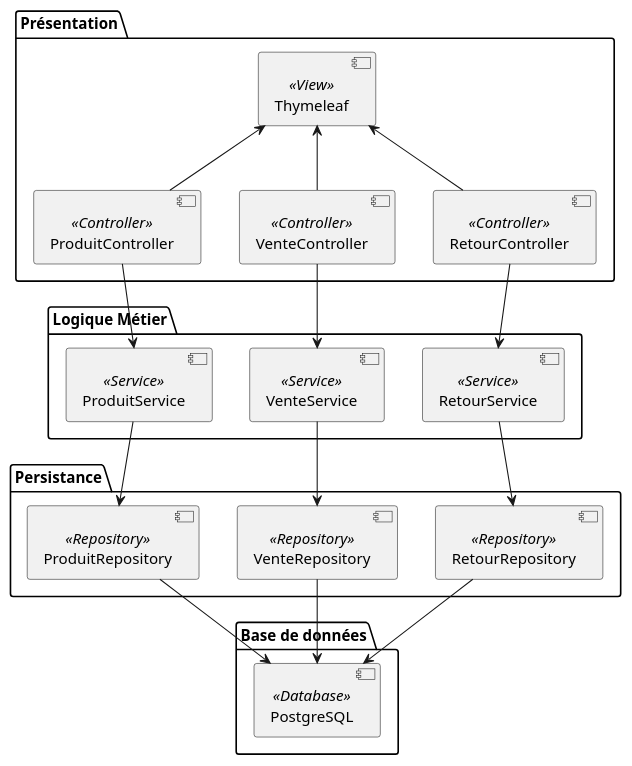
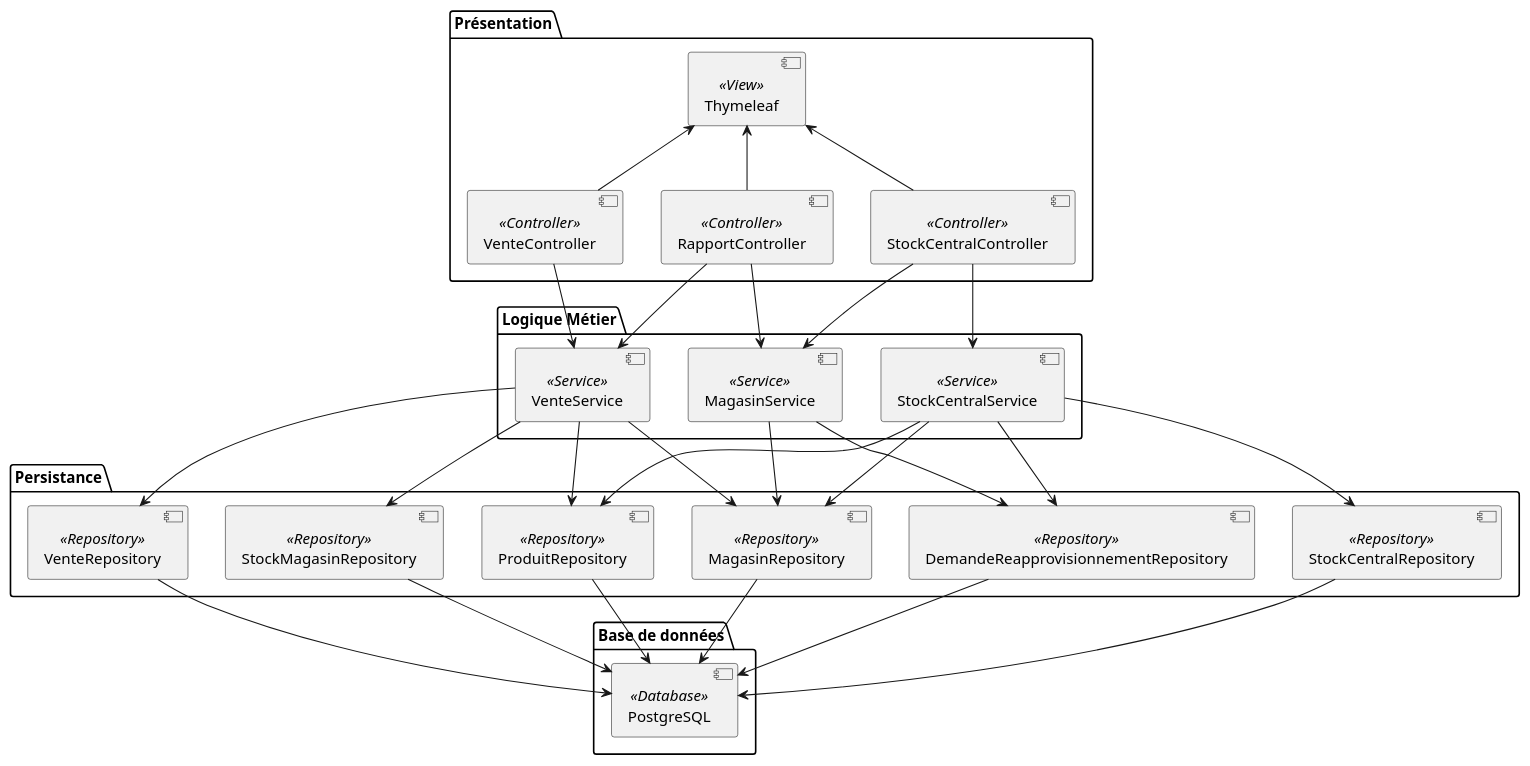
The diagram in docs/UML/diagrammeComposants.puml (Anass1707/LOG430-labos), drawn with PlantUML before and after one commit. The commit also changed 7 other files, not shown here.

Commit message:
modifications des diagrammes de classe et composants + creation du rapport arc42

```diff
--- a/docs/UML/diagrammeComposants.puml
+++ b/docs/UML/diagrammeComposants.puml
@@ -1,39 +1,55 @@
 @startuml
 
 package "Présentation" {
-  [ProduitController] <<Controller>>
   [VenteController] <<Controller>>
-  [RetourController] <<Controller>>
+  [RapportController] <<Controller>>
+  [StockCentralController] <<Controller>>
   [Thymeleaf] <<View>>
 }
 
 package "Logique Métier" {
-  [ProduitService] <<Service>>
+  [MagasinService] <<Service>>
+  [StockCentralService] <<Service>>
   [VenteService] <<Service>>
-  [RetourService] <<Service>>
 }
 
 package "Persistance" {
+  [MagasinRepository] <<Repository>>
+  [VenteRepository] <<Repository>>
+  [StockCentralRepository] <<Repository>>
+  [DemandeReapprovisionnementRepository] <<Repository>>
   [ProduitRepository] <<Repository>>
-  [VenteRepository] <<Repository>>
-  [RetourRepository] <<Repository>>
+  [StockMagasinRepository] <<Repository>>
 }
 package "Base de données" {
   [PostgreSQL] <<Database>>
 }
-[ProduitController] -up-> [Thymeleaf]
 [VenteController] -up-> [Thymeleaf]
-[RetourController] -up-> [Thymeleaf]
+[RapportController] -up-> [Thymeleaf]
+[StockCentralController] -up-> [Thymeleaf]
 
-[ProduitController] --> [ProduitService]
 [VenteController] --> [VenteService]
-[RetourController] --> [RetourService]
+[RapportController] --> [MagasinService]
+[StockCentralController] --> [MagasinService]
+[RapportController] --> [VenteService]
+[StockCentralController] --> [StockCentralService]
 
-[ProduitService] --> [ProduitRepository]
+
+[MagasinService] --> [MagasinRepository]
+[MagasinService] --> [DemandeReapprovisionnementRepository]
+[StockCentralService] --> [StockCentralRepository]
+[StockCentralService] --> [DemandeReapprovisionnementRepository]
+[StockCentralService] --> [ProduitRepository]
+[StockCentralService] --> [MagasinRepository]
 [VenteService] --> [VenteRepository]
-[RetourService] --> [RetourRepository]
+[VenteService] --> [MagasinRepository]
+[VenteService] --> [ProduitRepository]
+[VenteService] --> [StockMagasinRepository]
 
+[MagasinRepository] --> [PostgreSQL]
+[VenteRepository] --> [PostgreSQL]
+[StockCentralRepository] --> [PostgreSQL]
+[DemandeReapprovisionnementRepository] --> [PostgreSQL]
 [ProduitRepository] --> [PostgreSQL]
-[VenteRepository] --> [PostgreSQL]
-[RetourRepository] --> [PostgreSQL]
+[StockMagasinRepository] --> [PostgreSQL]
 @enduml
```
